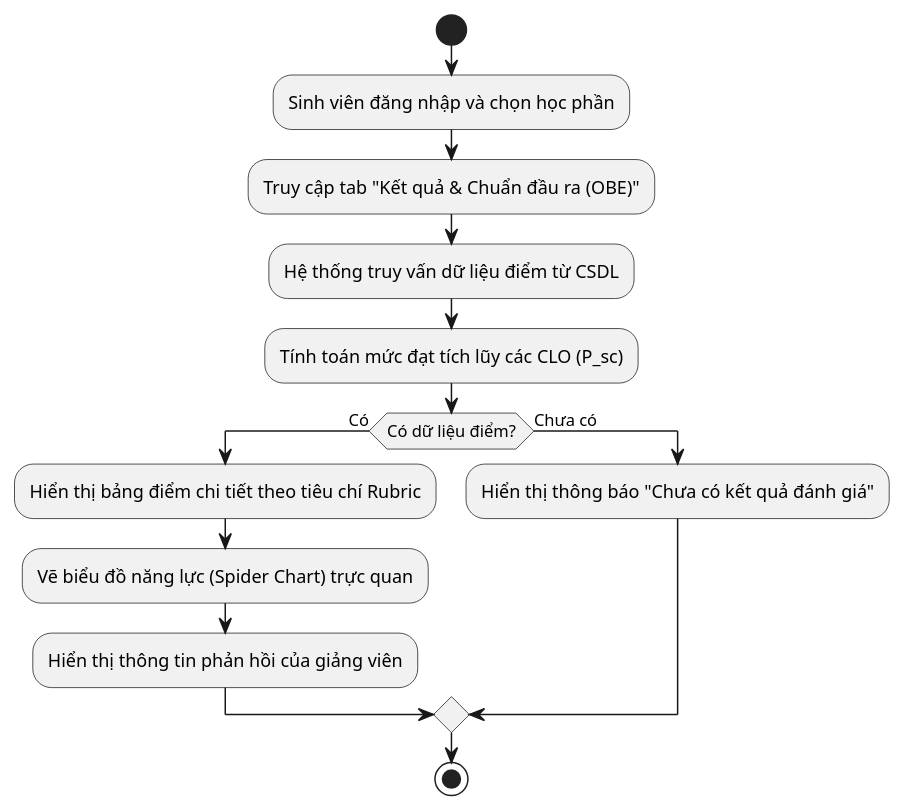
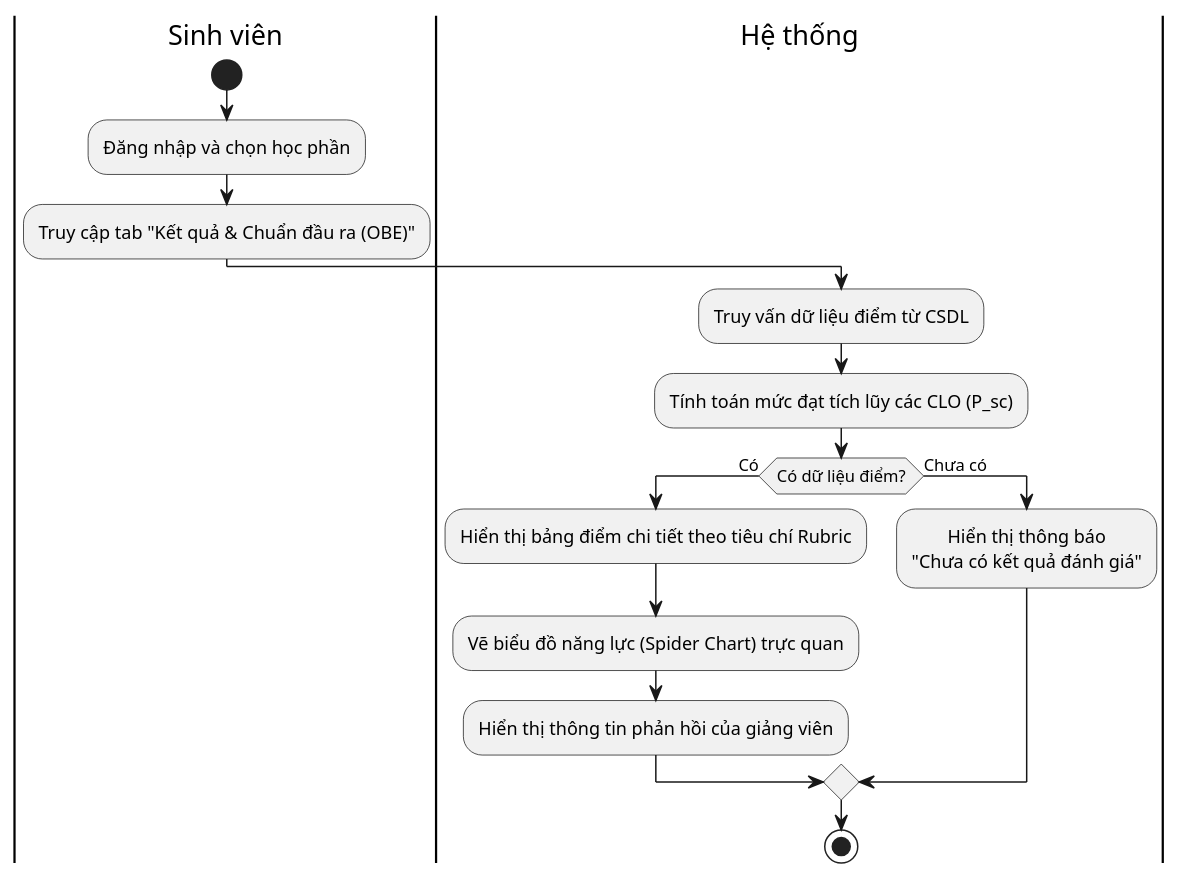
The diagram in eureka-server/eureka-server/src/main/java/hcmuaf/edu/vn/fit/rubric/plantUML/activityTeacher/ViewResultAndChart.puml (thanhthanh123vn/Rubric_Thanh_Duc_2025_2026), drawn with PlantUML before and after one commit. The commit also changed 39 other files, not shown here.

```diff
--- a/eureka-server/eureka-server/src/main/java/hcmuaf/edu/vn/fit/rubric/plantUML/activityTeacher/ViewResultAndChart.puml
+++ b/eureka-server/eureka-server/src/main/java/hcmuaf/edu/vn/fit/rubric/plantUML/activityTeacher/ViewResultAndChart.puml
@@ -1,16 +1,22 @@
 @startuml
 skinparam defaultTextAlignment center
+
+|Sinh viên|
 start
-:Sinh viên đăng nhập và chọn học phần;
+:Đăng nhập và chọn học phần;
 :Truy cập tab "Kết quả & Chuẩn đầu ra (OBE)";
-:Hệ thống truy vấn dữ liệu điểm từ CSDL;
+
+|Hệ thống|
+:Truy vấn dữ liệu điểm từ CSDL;
 :Tính toán mức đạt tích lũy các CLO (P_sc);
+
 if (Có dữ liệu điểm?) then (Có)
   :Hiển thị bảng điểm chi tiết theo tiêu chí Rubric;
   :Vẽ biểu đồ năng lực (Spider Chart) trực quan;
   :Hiển thị thông tin phản hồi của giảng viên;
 else (Chưa có)
-  :Hiển thị thông báo "Chưa có kết quả đánh giá";
+  :Hiển thị thông báo\n"Chưa có kết quả đánh giá";
 endif
+
 stop
 @enduml
```
